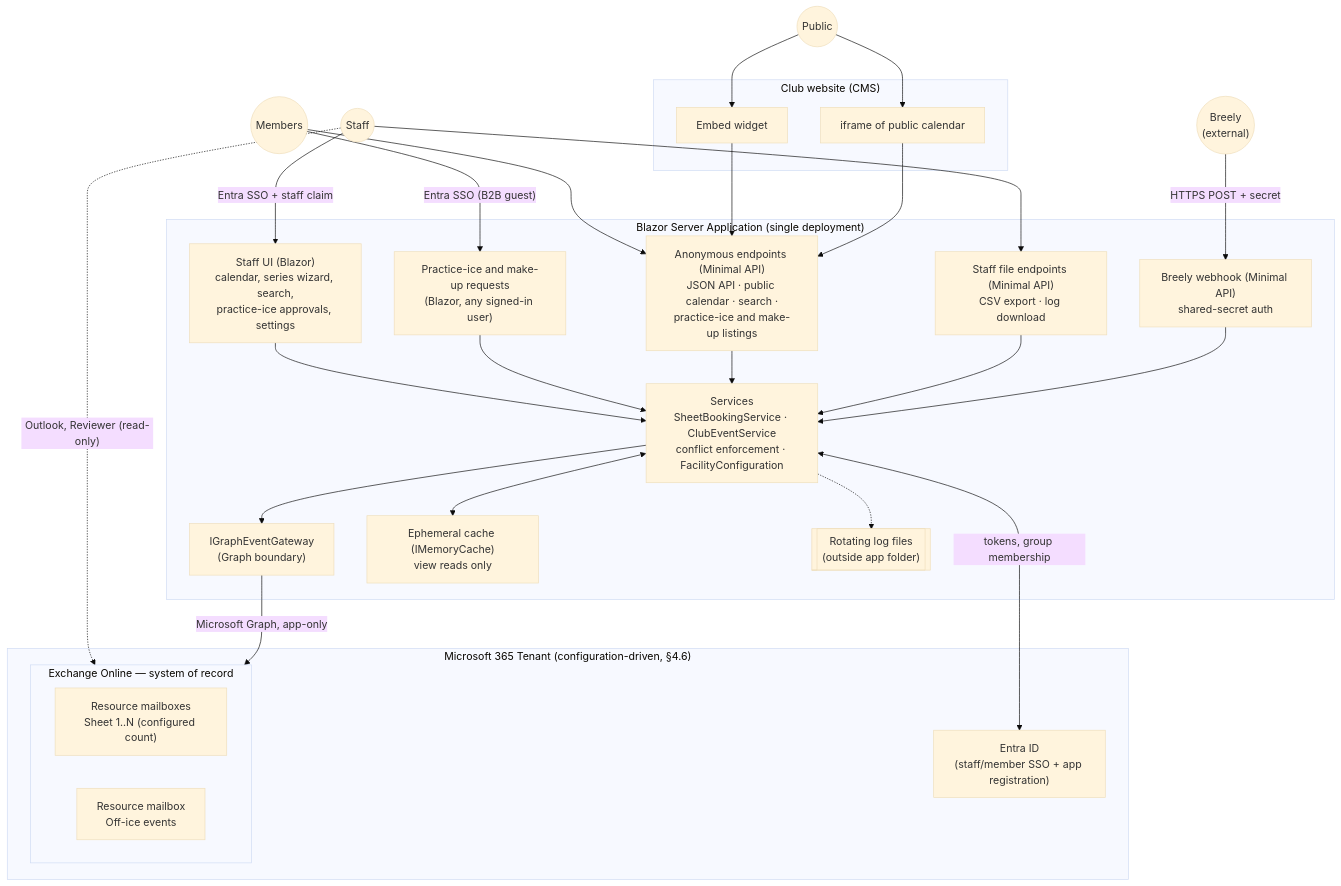
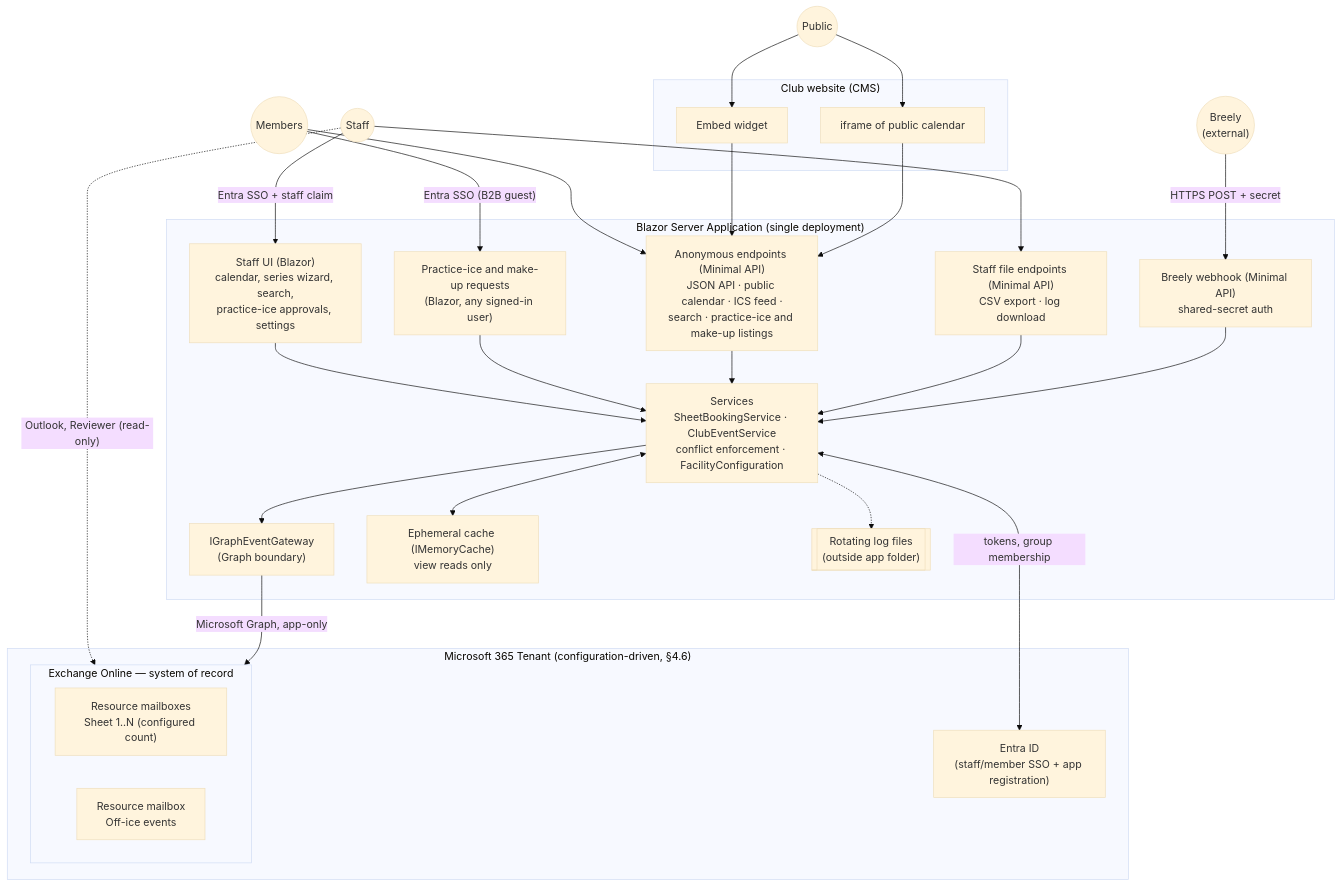
The diagram in docs/curling-facility-scheduling-architecture.md (canthe64/Club_Calendar), drawn with Mermaid (base theme) before and after one commit. The commit also changed other lines of this file and 5 other files, not shown here.

First line of the commit message:
Document the calendar subscription feed

````diff
--- a/docs/curling-facility-scheduling-architecture.md
+++ b/docs/curling-facility-scheduling-architecture.md
@@ -91,43 +93,43 @@
 ```mermaid
 flowchart TB
     subgraph M365 ["Microsoft 365 Tenant (configuration-driven, §4.6)"]
         EID["Entra ID<br/>(staff/member SSO + app registration)"]
         subgraph EXO ["Exchange Online — system of record"]
             SN["Resource mailboxes<br/>Sheet 1..N (configured count)"]
             CE["Resource mailbox<br/>Off-ice events"]
         end
     end
 
     subgraph App ["Blazor Server Application (single deployment)"]
         UI["Staff UI (Blazor)<br/>calendar, series wizard, search,<br/>practice-ice approvals, settings"]
         API["Services<br/>SheetBookingService · ClubEventService<br/>conflict enforcement · FacilityConfiguration"]
         GW["IGraphEventGateway<br/>(Graph boundary)"]
         CACHE["Ephemeral cache (IMemoryCache)<br/>view reads only"]
-        PUB["Anonymous endpoints (Minimal API)<br/>JSON API · public calendar · search ·<br/>practice-ice and make-up listings"]
+        PUB["Anonymous endpoints (Minimal API)<br/>JSON API · public calendar · ICS feed ·<br/>search · practice-ice and make-up listings"]
         MEMBER_UI["Practice-ice and make-up requests<br/>(Blazor, any signed-in user)"]
         STAFFHTTP["Staff file endpoints (Minimal API)<br/>CSV export · log download"]
         WEBHOOK["Breely webhook (Minimal API)<br/>shared-secret auth"]
         LOG[["Rotating log files<br/>(outside app folder)"]]
     end
 
     subgraph Web ["Club website (CMS)"]
         EMBED["Embed widget"]
         IFRAME["iframe of public calendar"]
     end
 
     BREELY(("Breely<br/>(external)"))
     STAFF(("Staff")) -->|"Entra SSO + staff claim"| UI
     STAFF --> STAFFHTTP
     STAFF -.->|"Outlook, Reviewer (read-only)"| EXO
     MEMBER(("Members")) -->|"Entra SSO (B2B guest)"| MEMBER_UI
     MEMBER --> PUB
     ANON(("Public")) --> EMBED & IFRAME
     EMBED & IFRAME --> PUB
     BREELY -->|"HTTPS POST + secret"| WEBHOOK
 
     UI & MEMBER_UI & PUB & STAFFHTTP & WEBHOOK --> API
     API <--> CACHE
     API --> GW -->|"Microsoft Graph, app-only"| EXO
     API <-->|"tokens, group membership"| EID
     API -.-> LOG
 ```
````
